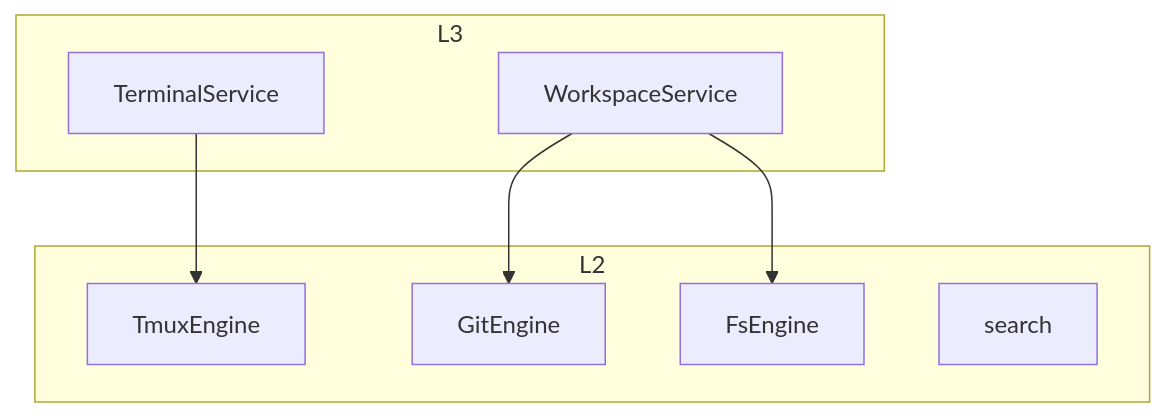
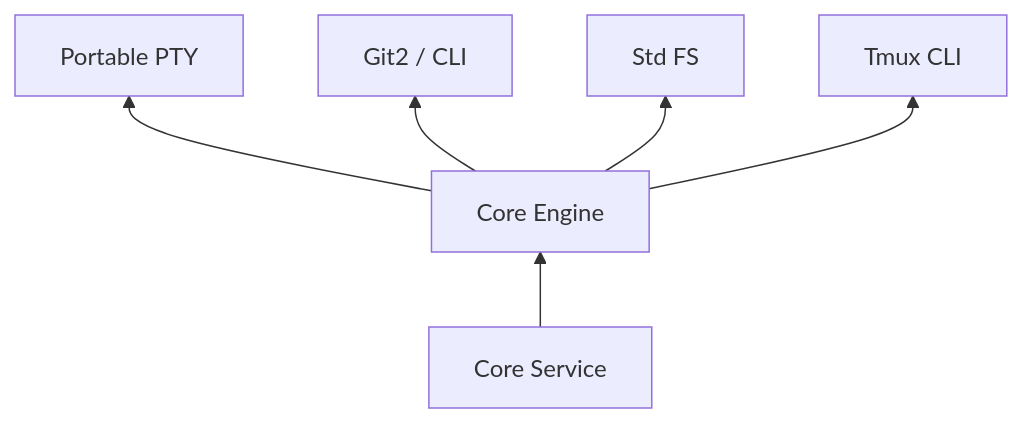
The diagram in .atmos/wiki/deep-dive/core-engine/index.md (AruNi-01/atmos), drawn with Mermaid before and after one commit. The commit also changed other lines of this file and 49 other files, not shown here.

````diff
--- a/.atmos/wiki/deep-dive/core-engine/index.md
+++ b/.atmos/wiki/deep-dive/core-engine/index.md
@@ -26,18 +31,8 @@
 ```mermaid
-graph TB
-    subgraph L3
-        WorkspaceService[WorkspaceService]
-        TerminalService[TerminalService]
-    end
-
-    subgraph L2
-        Tmux[TmuxEngine]
-        Git[GitEngine]
-        Fs[FsEngine]
-        Search[search]
-    end
-
-    WorkspaceService --> Git
-    TerminalService --> Tmux
-    WorkspaceService --> Fs
+graph BT
+    Service[Core Service] --> Engine[Core Engine]
+    Engine --> PTY[Portable PTY]
+    Engine --> Git[Git2 / CLI]
+    Engine --> FS[Std FS]
+    Engine --> Tmux[Tmux CLI]
 ```
````
